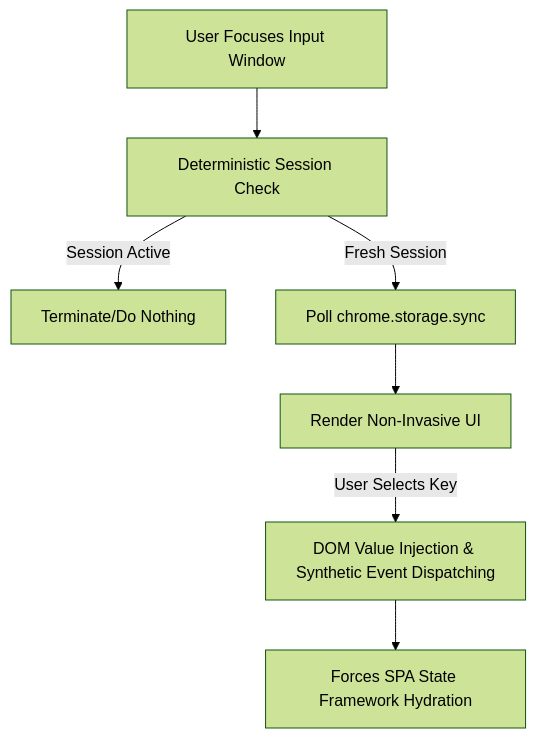
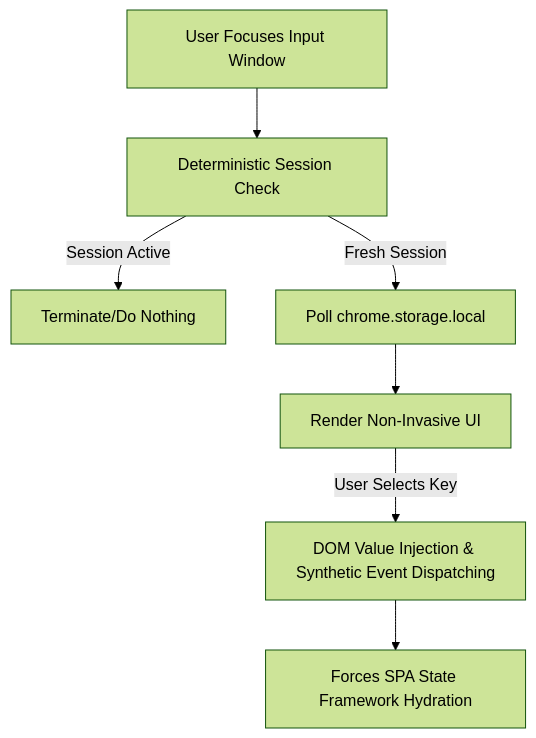
Before and after one commit to BhishmaGohel/ContextSync: the diagram in README.md, drawn with Mermaid (forest theme). The commit also changed other lines of this file and 4 other files, not shown here.

````diff
--- a/README.md
+++ b/README.md
@@ -17,9 +17,9 @@
 ```mermaid
 flowchart TD
     A[User Focuses Input Window] --> B[Deterministic Session Check]
     B -- Session Active --> C[Terminate/Do Nothing]
-    B -- Fresh Session --> D[Poll chrome.storage.sync]
+    B -- Fresh Session --> D[Poll chrome.storage.local]
     D --> E[Render Non-Invasive UI]
     E -- User Selects Key --> F[DOM Value Injection & Synthetic Event Dispatching]
     F --> G[Forces SPA State Framework Hydration]
 ```
````
